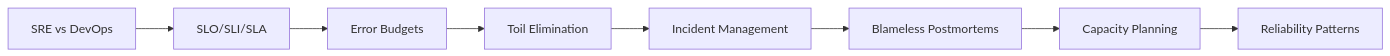
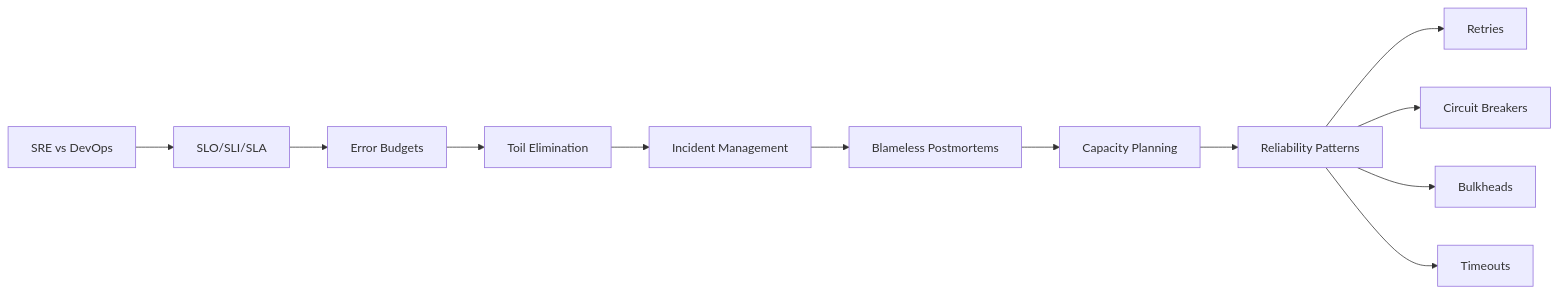
One commit to Raushan666java/ai-engineering-journey changed the diagram in docs/courses/devops/17-sre.md. Above: the diagram before and after it, drawn with Mermaid. The commit also changed other lines of this file and 62 other files, not shown here.

````diff
--- a/docs/courses/devops/17-sre.md
+++ b/docs/courses/devops/17-sre.md
@@ -34,10 +32,14 @@
 ```mermaid
 flowchart LR
     A[SRE vs DevOps] --> B[SLO/SLI/SLA]
     B --> C[Error Budgets]
     C --> D[Toil Elimination]
     D --> E[Incident Management]
     E --> F[Blameless Postmortems]
     F --> G[Capacity Planning]
     G --> H[Reliability Patterns]
+    H --> I[Retries]
+    H --> J[Circuit Breakers]
+    H --> K[Bulkheads]
+    H --> L[Timeouts]
 ```
````
